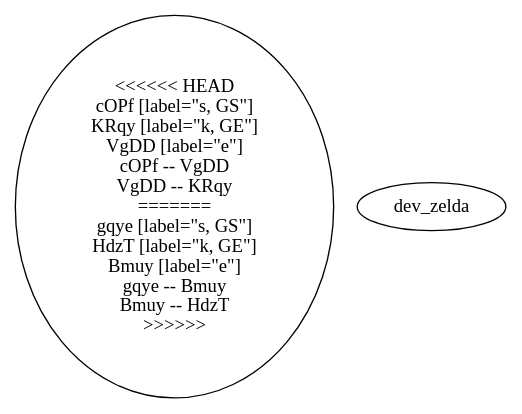
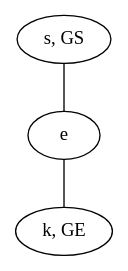
The diagram in data/VGLC/Zelda/rules/1/6_S-K.dot (schrum2/MM-NEAT), drawn with Graphviz before and after one commit. The commit also changed 22 other files, not shown here.

```diff
--- a/data/VGLC/Zelda/rules/1/6_S-K.dot
+++ b/data/VGLC/Zelda/rules/1/6_S-K.dot
@@ -1,15 +1,7 @@
 graph {
-<<<<<<< HEAD
-cOPf [label="s, GS"]
-KRqy [label="k, GE"]
-VgDD [label="e"]
-cOPf -- VgDD
-VgDD -- KRqy
-=======
-gqye [label="s, GS"]
-HdzT [label="k, GE"]
-Bmuy [label="e"]
-gqye -- Bmuy
-Bmuy -- HdzT
->>>>>>> dev_zelda
+WmGb [label="s, GS"]
+hfwQ [label="k, GE"]
+CDrI [label="e"]
+WmGb -- CDrI
+CDrI -- hfwQ
 }
```
